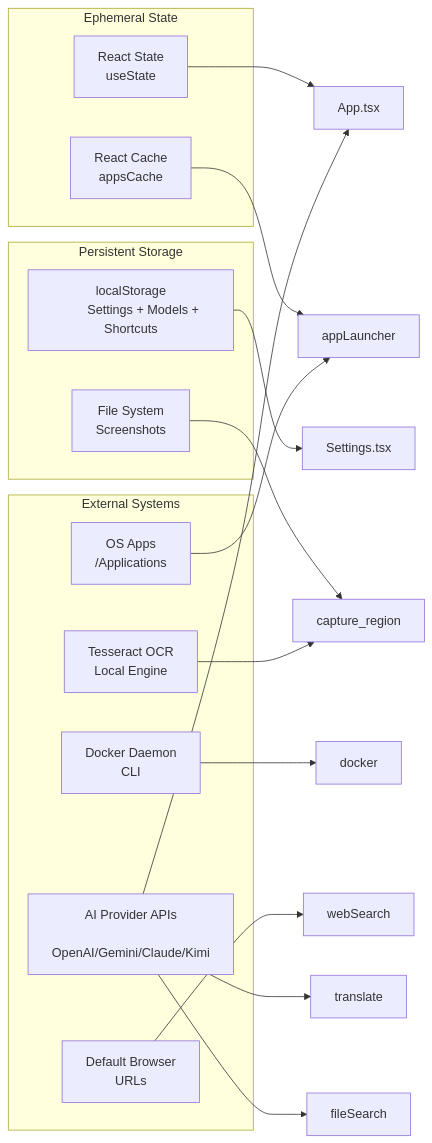
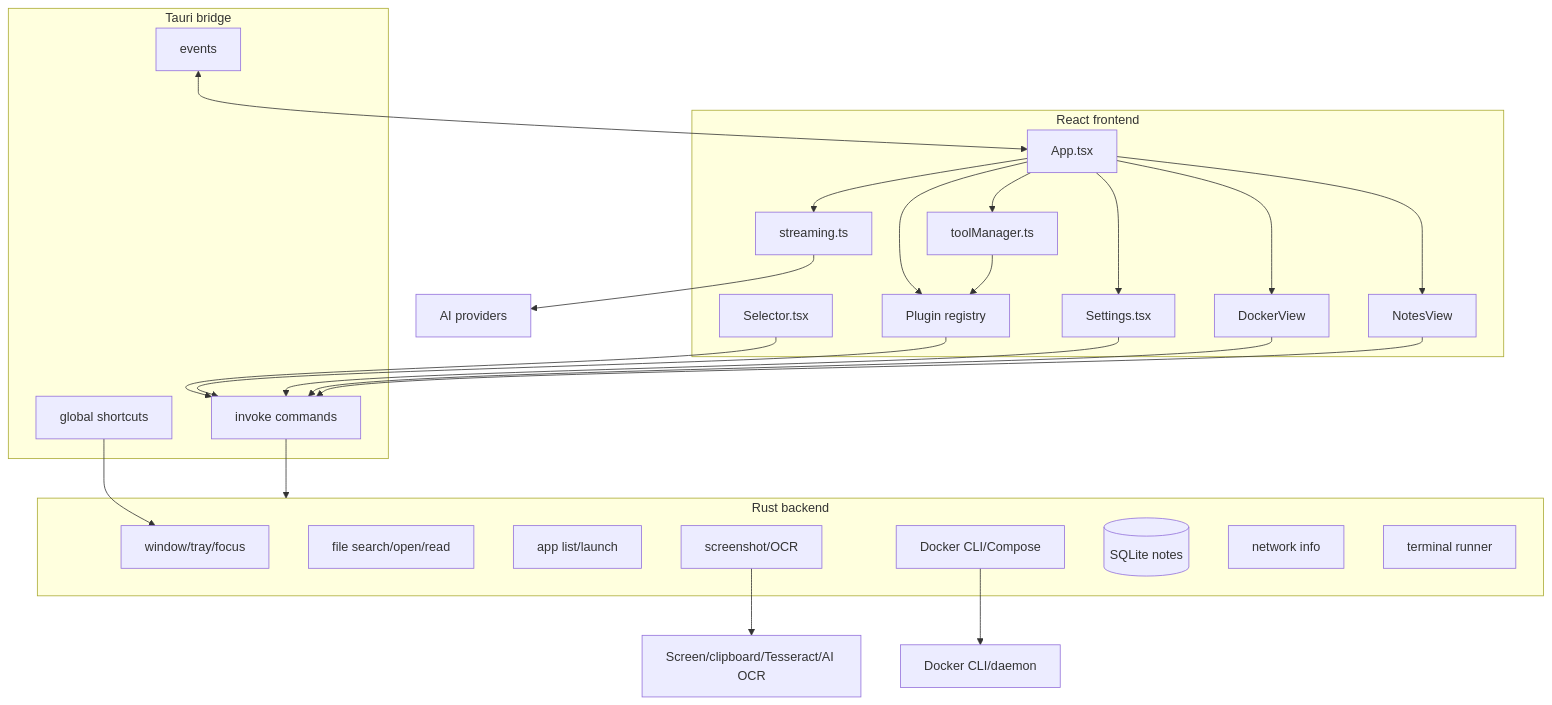
The diagram in arch/diagrams/architecture.md (RickyDane/gquick), drawn with Mermaid before and after one commit. The commit also changed other lines of this file and 44 other files, not shown here.

````diff
--- a/arch/diagrams/architecture.md
+++ b/arch/diagrams/architecture.md
@@ -259,41 +5,49 @@
 ```mermaid
-graph LR
-    subgraph "Ephemeral State"
-        RS[React State
-        useState]
-        RC[React Cache
-        appsCache]
-    end
+graph TB
+  subgraph UI[React frontend]
+    Main[App.tsx]
+    Selector[Selector.tsx]
+    Settings[Settings.tsx]
+    Plugins[Plugin registry]
+    Tools[toolManager.ts]
+    Streaming[streaming.ts]
+    DockerView[DockerView]
+    NotesView[NotesView]
+  end
 
-    subgraph "Persistent Storage"
-        LS[localStorage
-        Settings + Models + Shortcuts]
-        FS[File System
-        Screenshots]
-    end
+  subgraph Tauri[Tauri bridge]
+    Invoke[invoke commands]
+    Events[events]
+    Shortcuts[global shortcuts]
+  end
 
-    subgraph "External Systems"
-        Docker[Docker Daemon
-        CLI]
-        OS[OS Apps
-        /Applications]
-        Browser[Default Browser
-        URLs]
-        AI[AI Provider APIs
-        OpenAI/Gemini/Claude/Kimi]
-        OCR[Tesseract OCR
-        Local Engine]
-    end
+  subgraph Rust[Rust backend]
+    Window[window/tray/focus]
+    Files[file search/open/read]
+    Apps[app list/launch]
+    Capture[screenshot/OCR]
+    Docker[Docker CLI/Compose]
+    Notes[(SQLite notes)]
+    Network[network info]
+    Terminal[terminal runner]
+  end
 
-    RS --> A[App.tsx]
-    RC --> P1[appLauncher]
-    LS --> St[Settings.tsx]
-    FS --> CA[capture_region]
-    Docker --> P4[docker]
-    OS --> P1
-    Browser --> P5[webSearch]
-    AI --> A
-    AI --> P6[translate]
-    AI --> P2[fileSearch]
-    OCR --> CA
+  Main --> Plugins
+  Main --> Tools
+  Main --> Streaming
+  Main --> Settings
+  Main --> DockerView
+  Main --> NotesView
+  Selector --> Invoke
+  Plugins --> Invoke
+  Settings --> Invoke
+  DockerView --> Invoke
+  NotesView --> Invoke
+  Invoke --> Rust
+  Shortcuts --> Window
+  Events <--> Main
+  Tools --> Plugins
+  Streaming --> AI[AI providers]
+  Docker --> DockerCLI[Docker CLI/daemon]
+  Capture --> Screen[Screen/clipboard/Tesseract/AI OCR]
 ```
````
